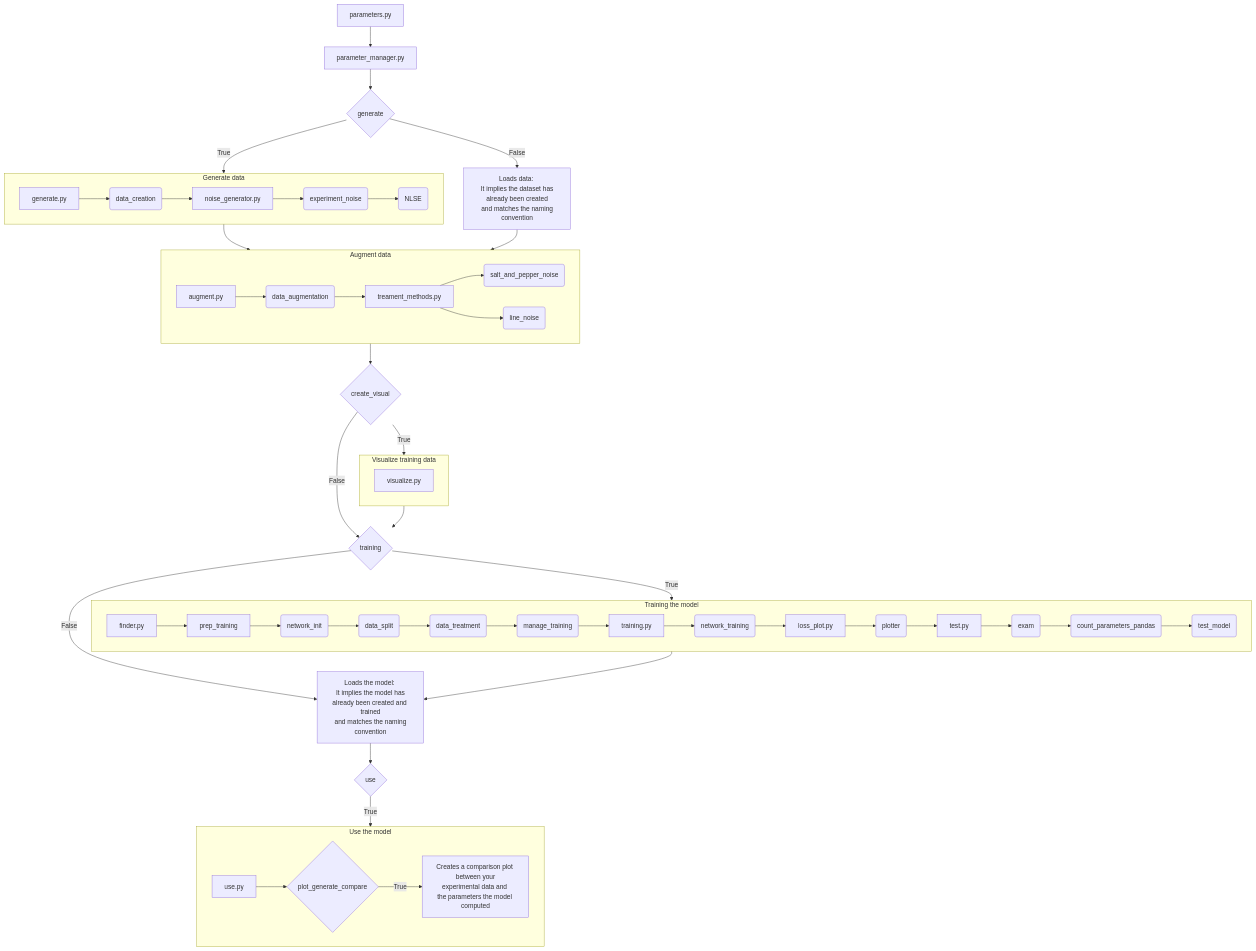
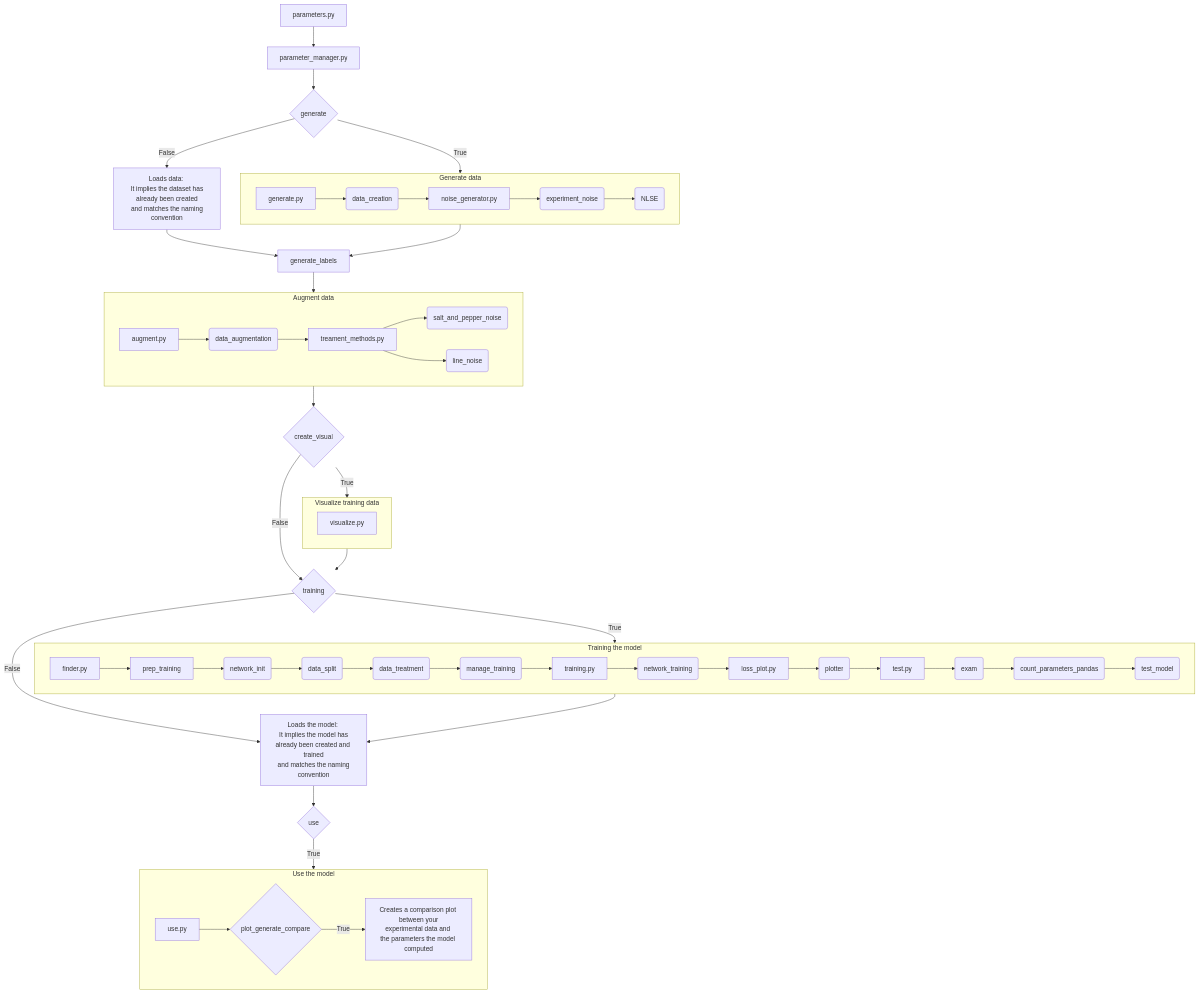
The fourth of 4 diagrams in README.md (Quantum-Optics-LKB/xp2nlse-ml), drawn with Mermaid before and after one commit. The commit also changed other lines of this file and 6 other files, not shown here.

````diff
--- a/README.md
+++ b/README.md
@@ -439,63 +434,65 @@
 ```mermaid
 graph TD
     A[parameters.py] --> B[parameter_manager.py]
     B --> C{generate}
     C --> |True| sub1
     C --> |False| D[Loads data: \n It implies the dataset has already been created\n and matches the naming convention]
-    sub1 --> sub2
-    D --> sub2
+    sub1 --> L[generate_labels]
+
+    L --> sub2
+    D --> L
     sub2 --> G{create_visual}
     G --> |True| sub5
     G --> |False| E{training}
     sub5 --> E{training}
     E --> |True| sub3
     E --> |False| K[Loads the model: \n It implies the model has already been created and trained\n and matches the naming convention]
     K --> F{use}
     F --> |True| sub4
     sub3 --> K
 
     
     subgraph sub1[Generate data]
         C1[generate.py] --> C2(data_creation)
         C2 --> C3[noise_generator.py]
         C3 --> C4(experiment_noise)
         C4 --> C5(NLSE)
         
     end
     subgraph sub2[Augment data]
         F1[augment.py] --> F2(data_augmentation)  
         F2 --> F3[treament_methods.py]
         F3 --> F4(salt_and_pepper_noise)
         F3 --> F5(line_noise)
 
     end
     
     subgraph sub3[Training the model]
         D1[finder.py]
         D1 --> D2[prep_training]
         D2 --> D3(network_init)
         D3 --> D4(data_split)
         D4 --> D5(data_treatment)
         D5 --> D6(manage_training)
         D6 --> D7[training.py] 
         D7 --> D8(network_training)
         D8 --> D9[loss_plot.py]
         D9 --> D10(plotter)
         D10 --> D11[test.py]
         D11 --> D12(exam)
         D12 --> D13(count_parameters_pandas)
         D13 --> D14(test_model)
 
     end
 
     subgraph sub4[Use the model]
         E1[use.py]
         E1 --> E2{plot_generate_compare}
         E2 --> |True| E3[Creates a comparison plot \n between your experimental data and \nthe parameters the model computed]
 
     end
 
     subgraph sub5[Visualize training data]
         G1[visualize.py]
     end
 ```
````
